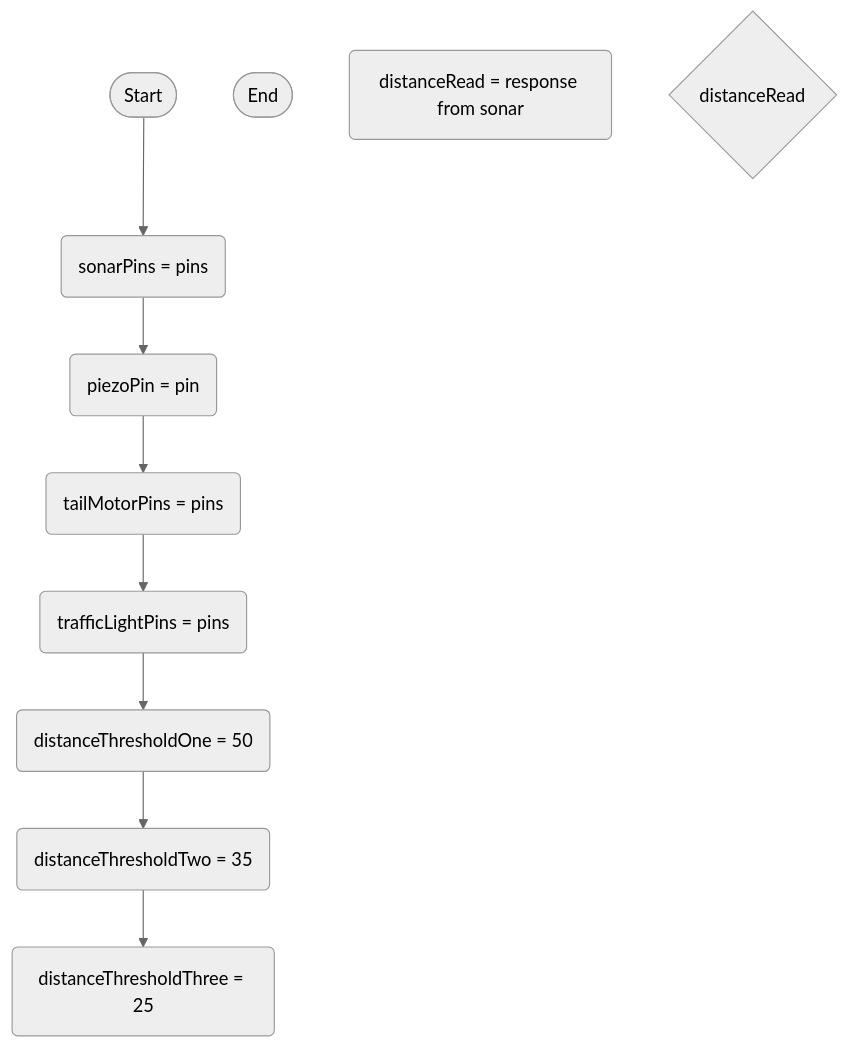
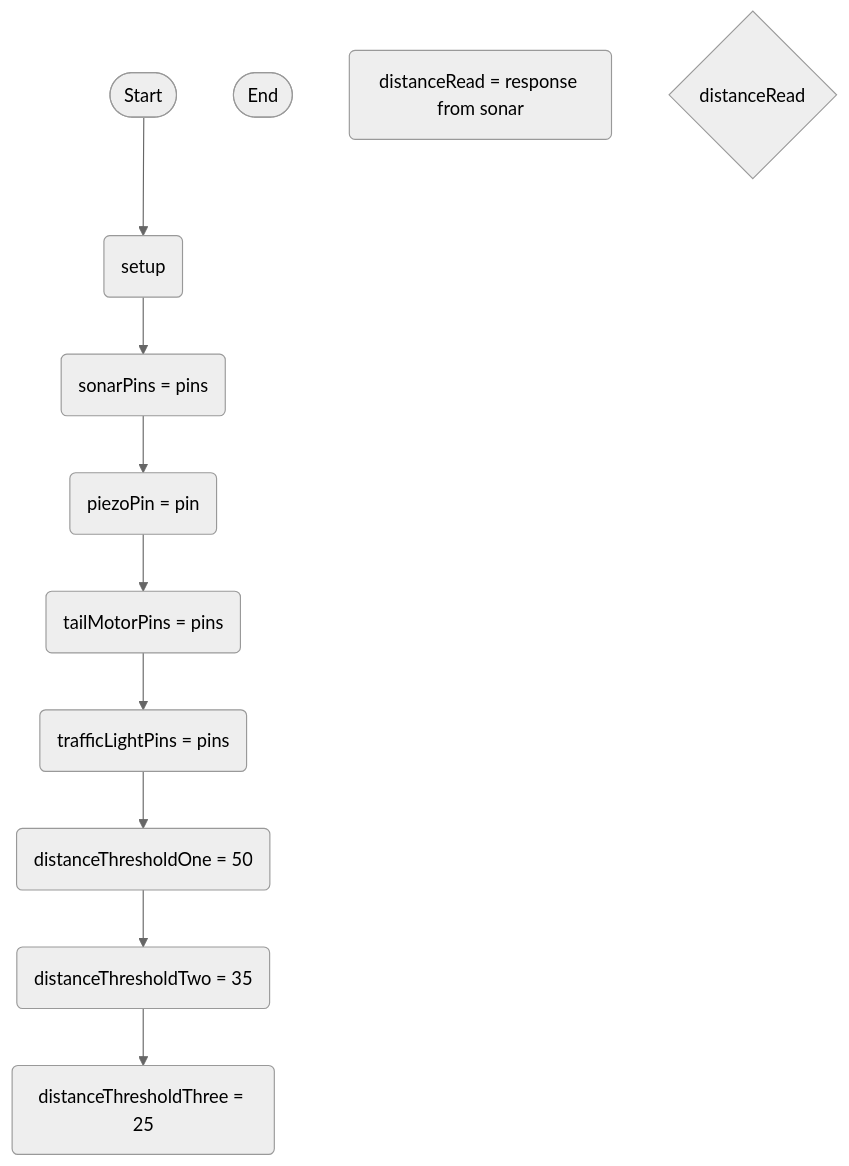
Before and after one commit to Deltace05/SmartDog: the diagram in logic.md, drawn with Mermaid (neutral theme).

````diff
--- a/logic.md
+++ b/logic.md
@@ -1,21 +1,23 @@
 ```mermaid
 flowchart TD
 terminalStart([Start])
 terminalEnd([End])
+setupStart(setup)
 setSonarRead(sonarPins = pins)
 setPiezoPin(piezoPin = pin)
 setTail(tailMotorPins = pins)
 setLight(trafficLightPins = pins)
 thresholdSetOne(distanceThresholdOne = 50)
 thresholdSetTwo(distanceThresholdTwo = 35)
 thresholdSetThree(distanceThresholdThree = 25)
 currentDistanceReading(distanceRead = response from sonar)
 ifDistanceLessThanThresholdOne{distanceRead <distanceThresholdOne>}
-terminalStart --> setSonarRead
+terminalStart --> setupStart
+setupStart --> setSonarRead
 setSonarRead --> setPiezoPin
 setPiezoPin --> setTail
 setTail --> setLight
 setLight --> thresholdSetOne
 thresholdSetOne --> thresholdSetTwo
 thresholdSetTwo --> thresholdSetThree
 ```
````
